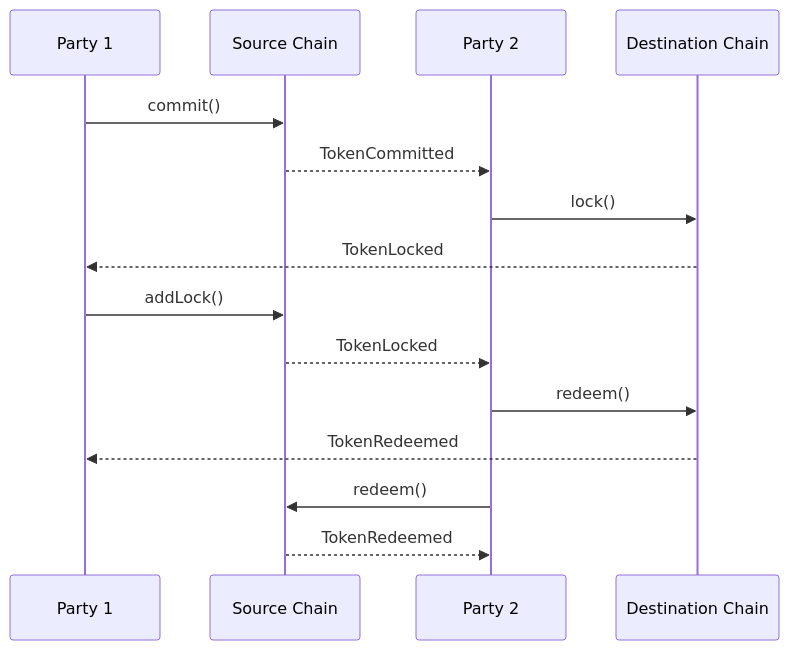
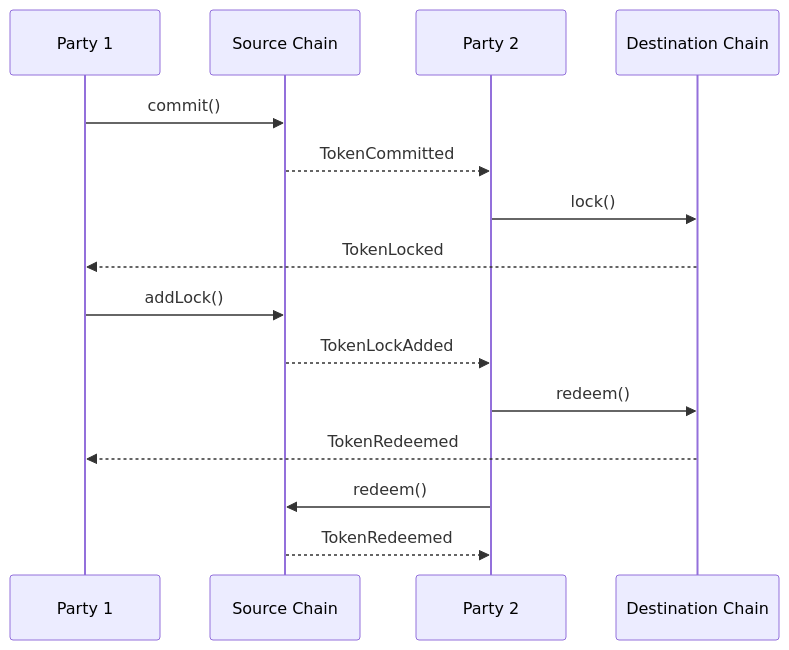
Before and after one commit to layerswap/layerswap-v8-docs: the first of 2 diagrams in protocol-spec/model.mdx, drawn with Mermaid. The commit also changed other lines of this file and 3 other files, not shown here.

````diff
--- a/protocol-spec/model.mdx
+++ b/protocol-spec/model.mdx
@@ -34,18 +34,18 @@
 ```mermaid
 sequenceDiagram
     participant P1 as Party 1
     participant SC as Source Chain
     participant P2 as Party 2
     participant DC as Destination Chain
     
     P1->>SC: commit()
     SC-->>P2: TokenCommitted
     P2->>DC: lock()
     DC-->>P1: TokenLocked
     P1->>SC: addLock()
-    SC-->>P2: TokenLocked
+    SC-->>P2: TokenLockAdded
     P2->>DC: redeem()
     DC-->>P1: TokenRedeemed
     P2->>SC: redeem()
     SC-->>P2: TokenRedeemed
 ```
````
